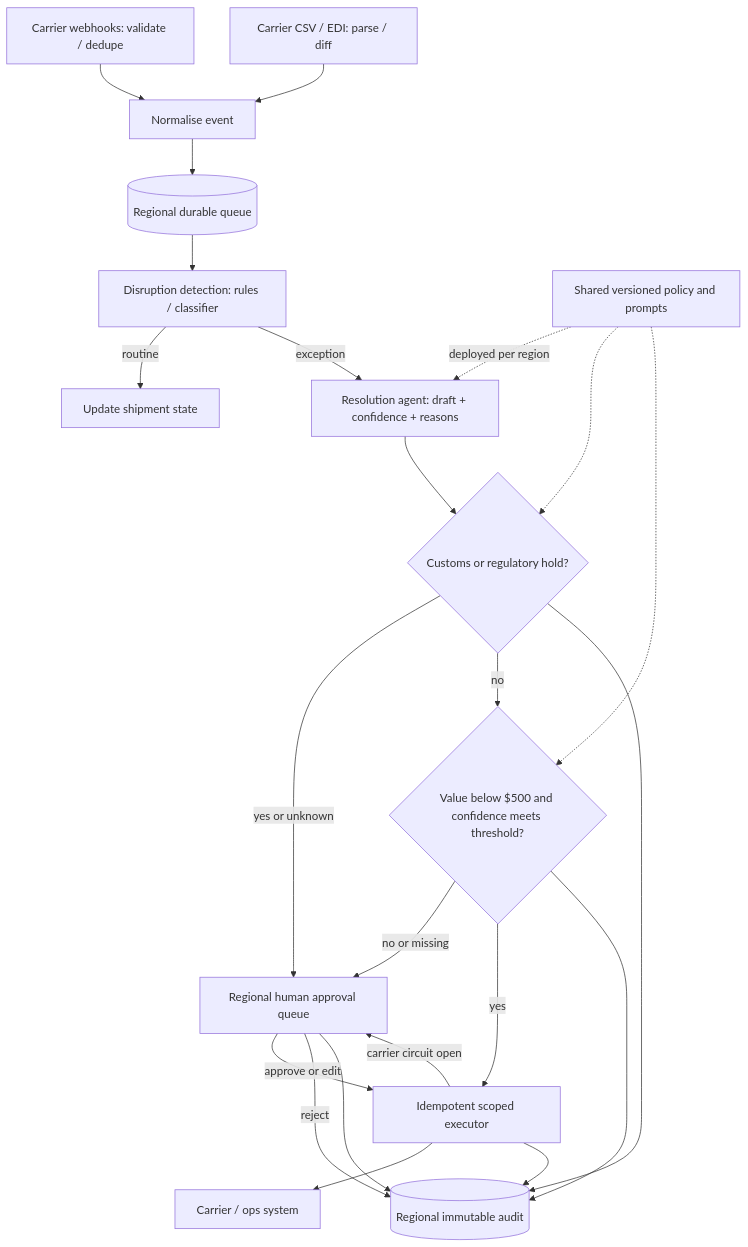
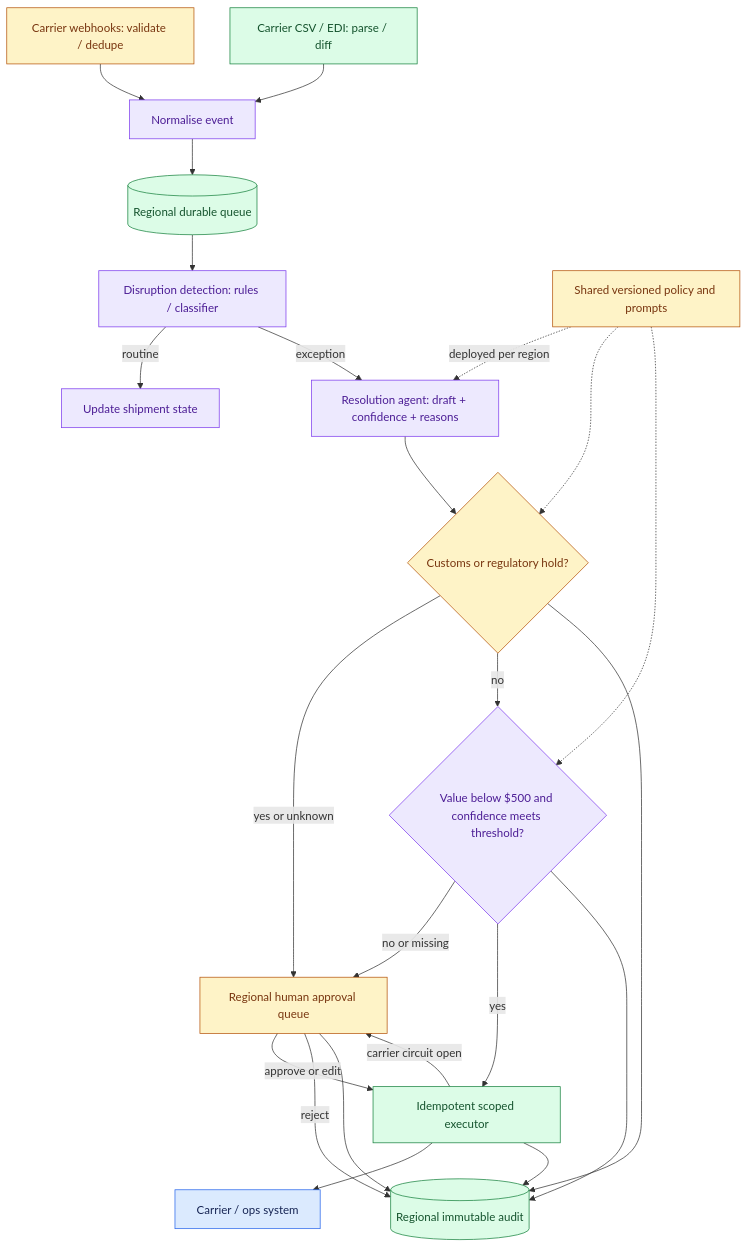
The diagram in site/content/modules/15-fde-case-studies/agents-that-act/logistics-exception-handling/main.md (Sourav692/Forward-Deployed-Engineer-Interview-Prep), drawn with Mermaid before and after one commit. The commit also changed 1268 other files, not shown here.

First line of the commit message:
content: polish Casebook writing and Mermaid diagrams (#251)

````diff
--- a/site/content/modules/15-fde-case-studies/agents-that-act/logistics-exception-handling/main.md
+++ b/site/content/modules/15-fde-case-studies/agents-that-act/logistics-exception-handling/main.md
@@ -78,25 +78,35 @@
 ```mermaid
 flowchart TB
   W[Carrier webhooks: validate / dedupe] --> N[Normalise event]
   B[Carrier CSV / EDI: parse / diff] --> N
   N --> Q[(Regional durable queue)]
   Q --> D[Disruption detection: rules / classifier]
   D -->|routine| S[Update shipment state]
   D -->|exception| A[Resolution agent: draft + confidence + reasons]
   A --> C{Customs or regulatory hold?}
   C -->|yes or unknown| H[Regional human approval queue]
   C -->|no| V{Value below $500 and confidence meets threshold?}
   V -->|no or missing| H
   V -->|yes| E[Idempotent scoped executor]
   H -->|approve or edit| E
   H -->|reject| L[(Regional immutable audit)]
   E -->|carrier circuit open| H
   E --> X[Carrier / ops system]
   C --> L
   V --> L
   H --> L
   E --> L
   P[Shared versioned policy and prompts] -. deployed per region .-> A
   P -.-> C
   P -.-> V
+
+    %% Casebook colours: entry, reasoning, results, controls, and stopped paths.
+    classDef cbPolicy fill:#fef3c7,stroke:#b45309,color:#78350f
+    class W,C,H,P cbPolicy
+    classDef cbReason fill:#ede9fe,stroke:#7c3aed,color:#4c1d95
+    class N,D,S,A,V cbReason
+    classDef cbAction fill:#dcfce7,stroke:#15803d,color:#14532d
+    class B,Q,E,L cbAction
+    classDef cbInput fill:#dbeafe,stroke:#2563eb,color:#172554
+    class X cbInput
 ```
````
